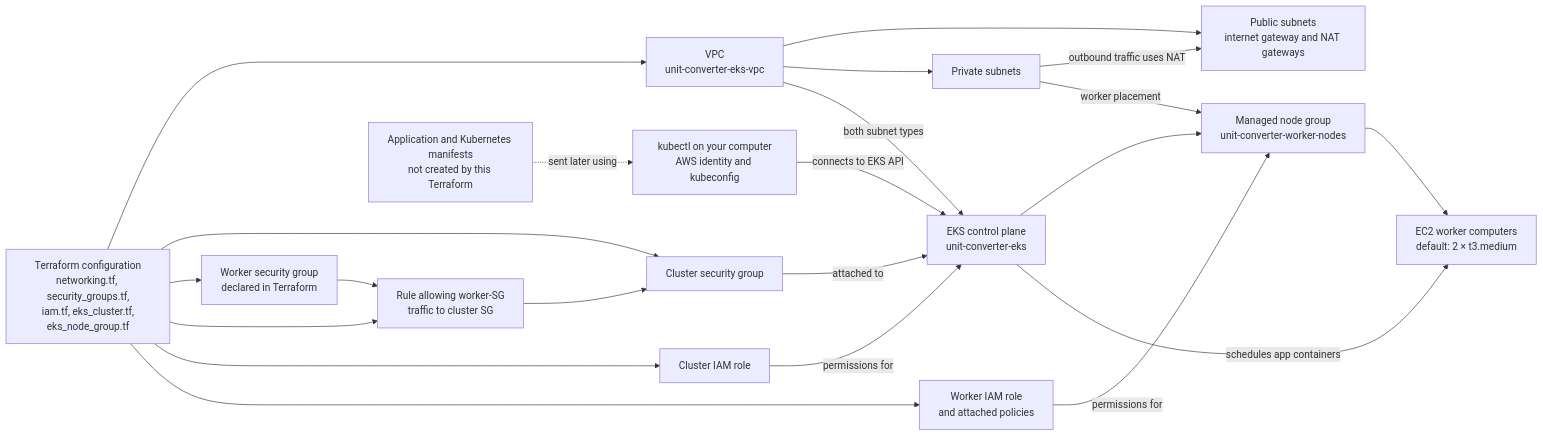
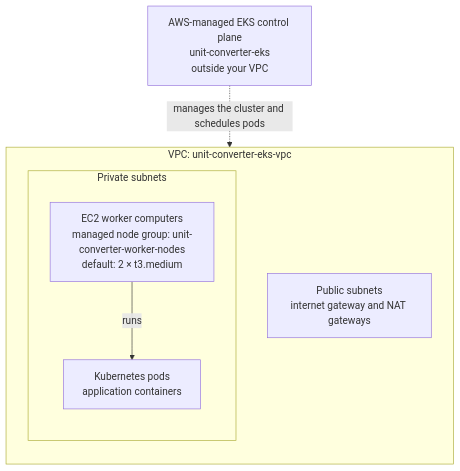
The diagram in document.md (vijay1912/unit-converter), drawn with Mermaid before and after one commit. The commit also changed other lines of this file, not shown here.

Commit message:
Clarify EKS infrastructure diagram hierarchy

````diff
--- a/document.md
+++ b/document.md
@@ -23,39 +21,18 @@
 ```mermaid
-flowchart LR
-    TF["Terraform configuration<br/>networking.tf, security_groups.tf,<br/>iam.tf, eks_cluster.tf,<br/>eks_node_group.tf"]
-    VPC["VPC<br/>unit-converter-eks-vpc"]
-    PUBLIC["Public subnets<br/>internet gateway and NAT gateways"]
-    PRIVATE["Private subnets"]
-    CLUSTER_SG["Cluster security group"]
-    WORKER_SG["Worker security group<br/>declared in Terraform"]
-    SG_RULE["Rule allowing worker-SG<br/>traffic to cluster SG"]
-    CLUSTER_ROLE["Cluster IAM role"]
-    WORKER_ROLE["Worker IAM role<br/>and attached policies"]
-    EKS["EKS control plane<br/>unit-converter-eks"]
-    NODE_GROUP["Managed node group<br/>unit-converter-worker-nodes"]
-    EC2["EC2 worker computers<br/>default: 2 × t3.medium"]
-    KUBECTL["kubectl on your computer<br/>AWS identity and kubeconfig"]
-    APP["Application and Kubernetes manifests<br/>not created by this Terraform"]
+flowchart TB
+    EKS["AWS-managed EKS control plane<br/>unit-converter-eks<br/>outside your VPC"]
 
-    TF --> VPC
-    TF --> CLUSTER_SG
-    TF --> WORKER_SG
-    TF --> SG_RULE
-    TF --> CLUSTER_ROLE
-    TF --> WORKER_ROLE
-    VPC --> PUBLIC
-    VPC --> PRIVATE
-    PRIVATE -->|outbound traffic uses NAT| PUBLIC
-    VPC -->|both subnet types| EKS
-    CLUSTER_SG -->|attached to| EKS
-    CLUSTER_ROLE -->|permissions for| EKS
-    EKS --> NODE_GROUP
-    PRIVATE -->|worker placement| NODE_GROUP
-    WORKER_ROLE -->|permissions for| NODE_GROUP
-    WORKER_SG --> SG_RULE
-    SG_RULE --> CLUSTER_SG
-    NODE_GROUP --> EC2
-    KUBECTL -->|connects to EKS API| EKS
-    APP -.->|sent later using| KUBECTL
-    EKS -->|schedules app containers| EC2
+    subgraph VPC["VPC: unit-converter-eks-vpc"]
+        direction TB
+        PUBLIC["Public subnets<br/>internet gateway and NAT gateways"]
+
+        subgraph PRIVATE["Private subnets"]
+            direction TB
+            NODE["EC2 worker computers<br/>managed node group: unit-converter-worker-nodes<br/>default: 2 × t3.medium"]
+            POD["Kubernetes pods<br/>application containers"]
+            NODE -->|runs| POD
+        end
+    end
+
+    EKS -.->|manages the cluster and schedules pods| NODE
 ```
````
